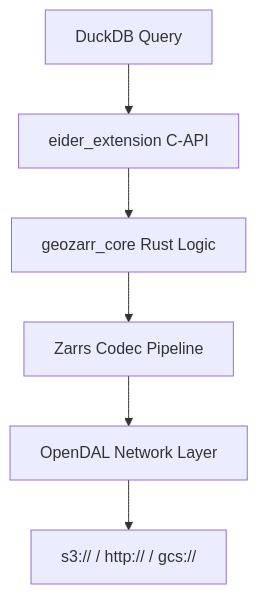
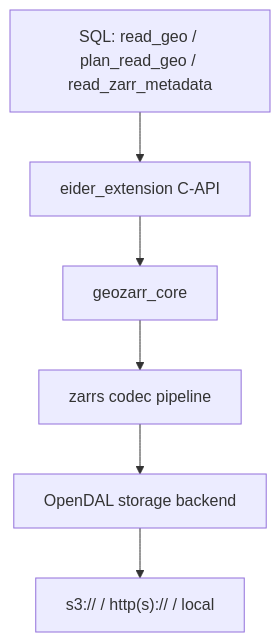
The diagram in docs/docs/engineering/architecture.mdx (dnf0/zarrduck), drawn with Mermaid before and after one commit. The commit also changed other lines of this file, not shown here.

Commit message:
docs: rewrite architecture page with accurate concurrency model

````diff
--- a/docs/docs/engineering/architecture.mdx
+++ b/docs/docs/engineering/architecture.mdx
@@ -5,8 +9,8 @@
 ```mermaid
 graph TD
-    A[DuckDB Query] --> B[eider_extension C-API]
-    B --> C[geozarr_core Rust Logic]
-    C --> D[Zarrs Codec Pipeline]
-    D --> E[OpenDAL Network Layer]
-    E --> F[s3:// / http:// / gcs://]
+    A["SQL: read_geo / plan_read_geo / read_zarr_metadata"] --> B[eider_extension C-API]
+    B --> C[geozarr_core]
+    C --> D[zarrs codec pipeline]
+    D --> E[OpenDAL storage backend]
+    E --> F["s3:// / http(s):// / local"]
 ```
````
